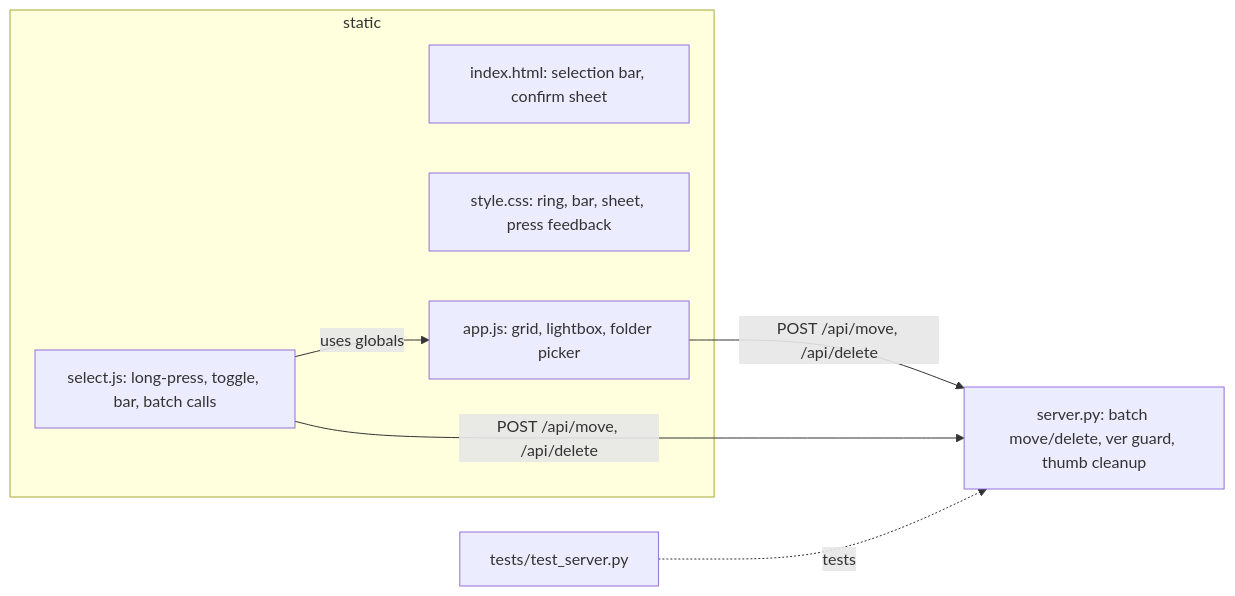
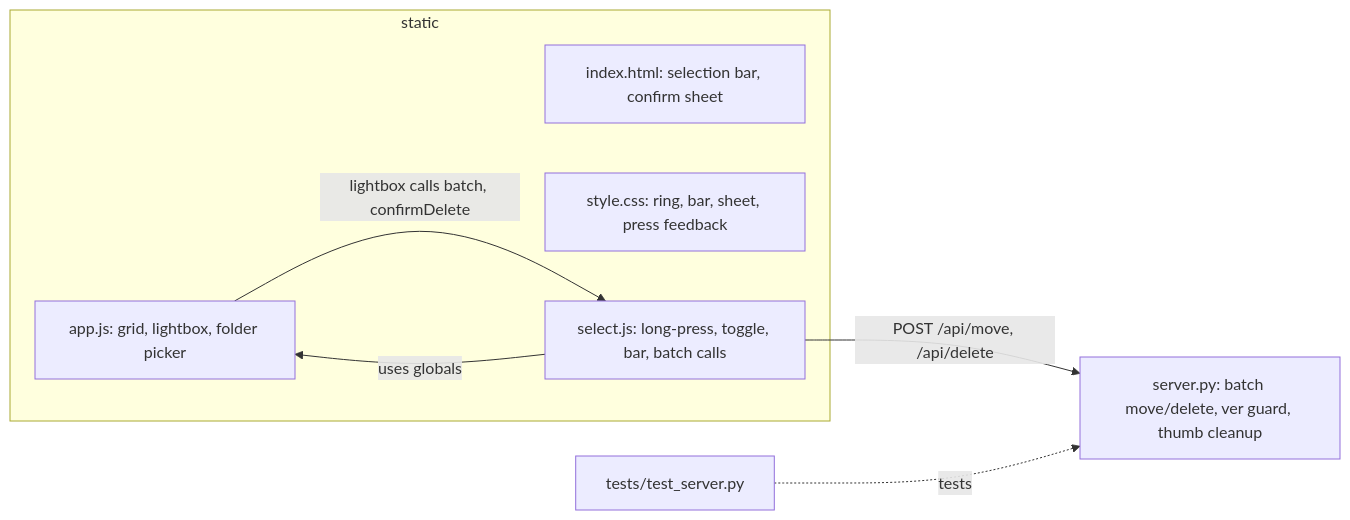
Before and after one commit to rafavcc/app-civitai: the second of 2 diagrams in SESSION.md, drawn with Mermaid.

Commit message:
docs: fix files flowchart edge

````diff
--- a/SESSION.md
+++ b/SESSION.md
@@ -45,15 +45,15 @@
 ```mermaid
 flowchart LR
     subgraph static
       H["index.html: selection bar, confirm sheet"]
       C["style.css: ring, bar, sheet, press feedback"]
       A["app.js: grid, lightbox, folder picker"]
       N["select.js: long-press, toggle, bar, batch calls"]
     end
     P["server.py: batch move/delete, ver guard, thumb cleanup"]
     T["tests/test_server.py"]
     N -->|uses globals| A
-    A -->|POST /api/move, /api/delete| P
+    A -->|lightbox calls batch, confirmDelete| N
     N -->|POST /api/move, /api/delete| P
     T -.->|tests| P
 ```
````
